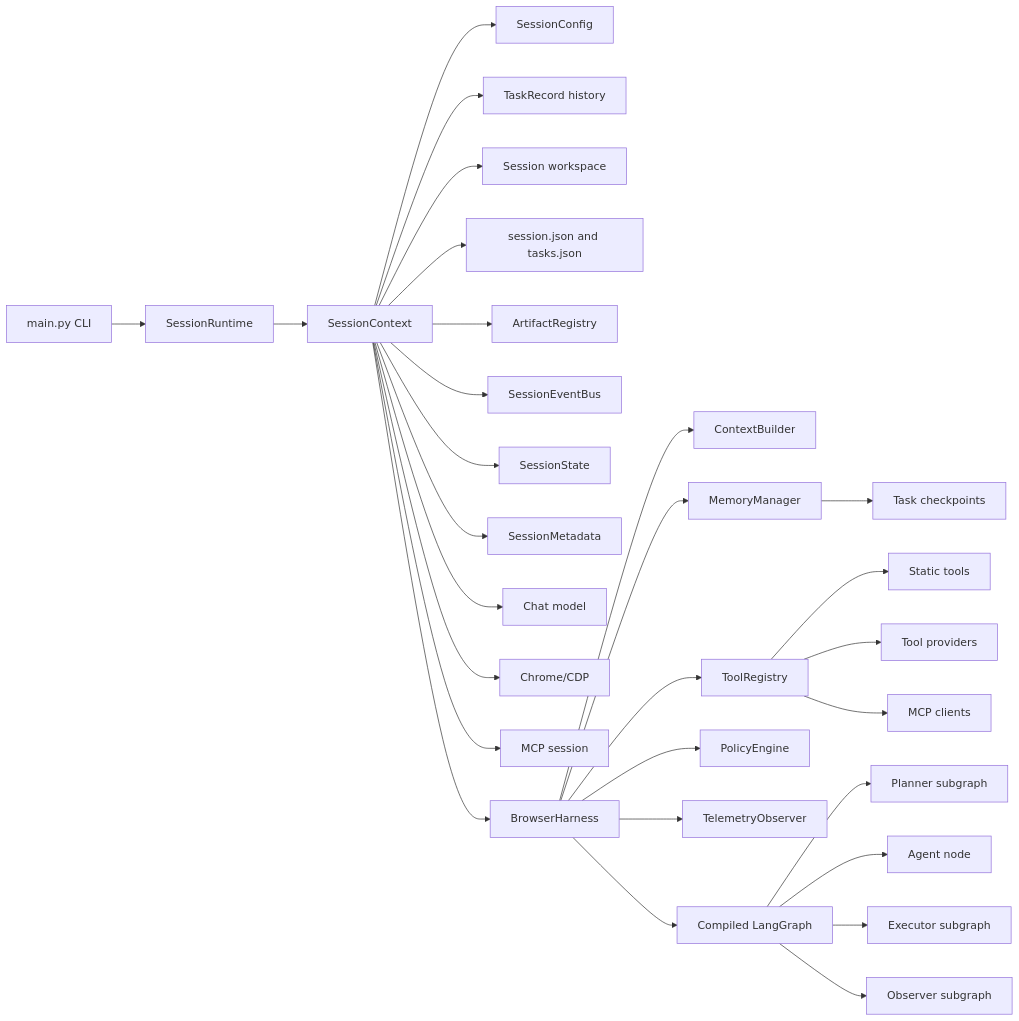
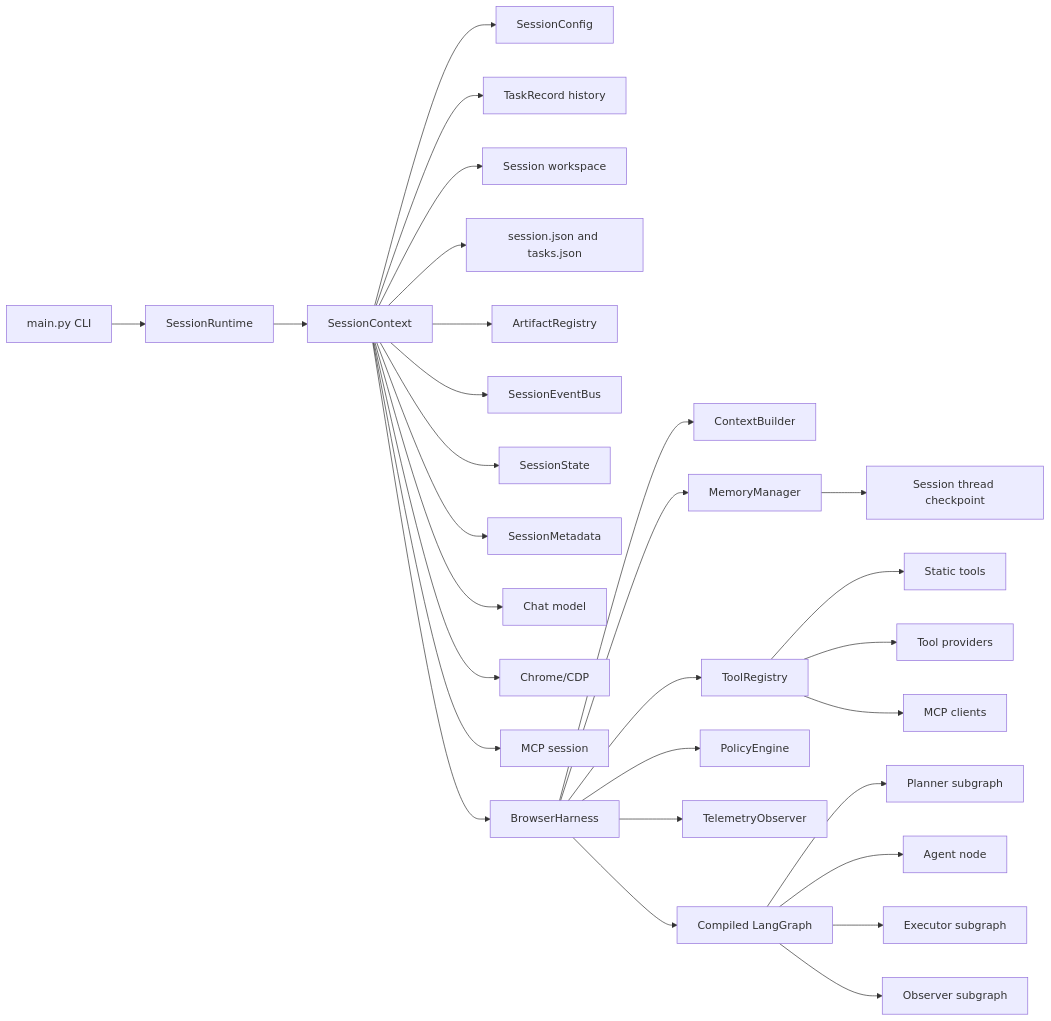
Before and after one commit to Hastur456/AutoBrowser: the diagram in docs/diagrams/harness-boundaries.md, drawn with Mermaid. The commit also changed other lines of this file and 10 other files, not shown here.

````diff
--- a/docs/diagrams/harness-boundaries.md
+++ b/docs/diagrams/harness-boundaries.md
@@ -7,31 +7,31 @@
 ```mermaid
 flowchart LR
   CLI[main.py CLI] --> Session[SessionRuntime]
   Session --> SessionCtx[SessionContext]
   SessionCtx --> Config[SessionConfig]
   SessionCtx --> Tasks[TaskRecord history]
   SessionCtx --> Workspace[Session workspace]
   SessionCtx --> SessionFiles[session.json and tasks.json]
   SessionCtx --> Artifacts[ArtifactRegistry]
   SessionCtx --> Events[SessionEventBus]
   SessionCtx --> State[SessionState]
   SessionCtx --> Metadata[SessionMetadata]
   SessionCtx --> LLM[Chat model]
   SessionCtx --> Chrome[Chrome/CDP]
   SessionCtx --> MCPRuntime[MCP session]
   SessionCtx --> Harness[BrowserHarness]
   Harness --> ContextBuilder[ContextBuilder]
   Harness --> Memory[MemoryManager]
-  Memory --> Checkpoints[Task checkpoints]
+  Memory --> Checkpoints[Session thread checkpoint]
   Harness --> Tools[ToolRegistry]
   Harness --> Policy[PolicyEngine]
   Harness --> Telemetry[TelemetryObserver]
   Harness --> Graph[Compiled LangGraph]
   Tools --> StaticTools[Static tools]
   Tools --> Providers[Tool providers]
   Tools --> MCP[MCP clients]
   Graph --> Planner[Planner subgraph]
   Graph --> Agent[Agent node]
   Graph --> Executor[Executor subgraph]
   Graph --> Observer[Observer subgraph]
 ```
````
